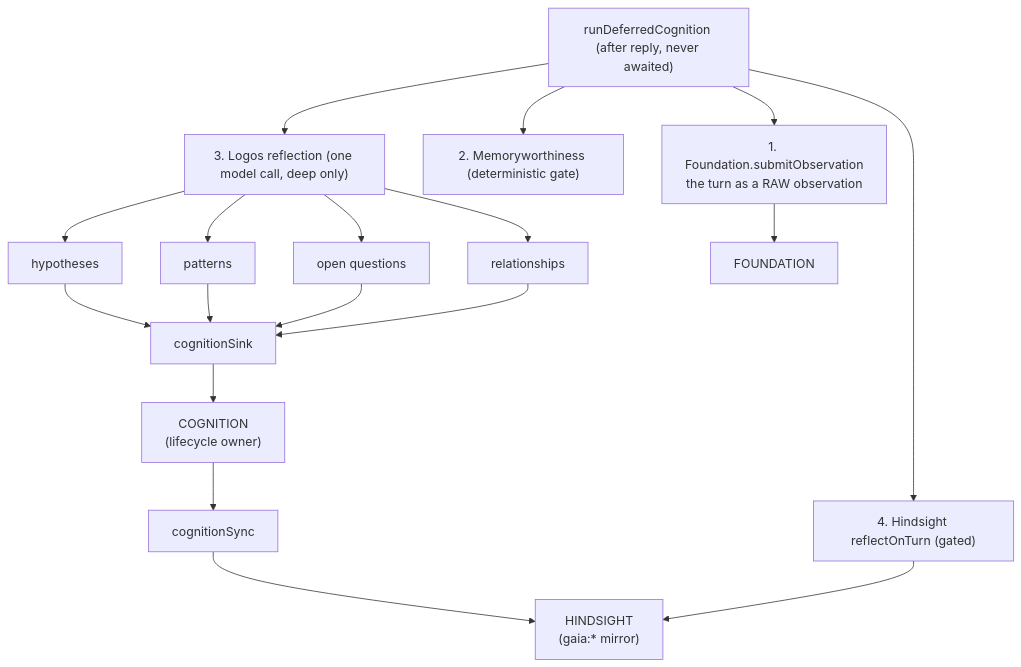
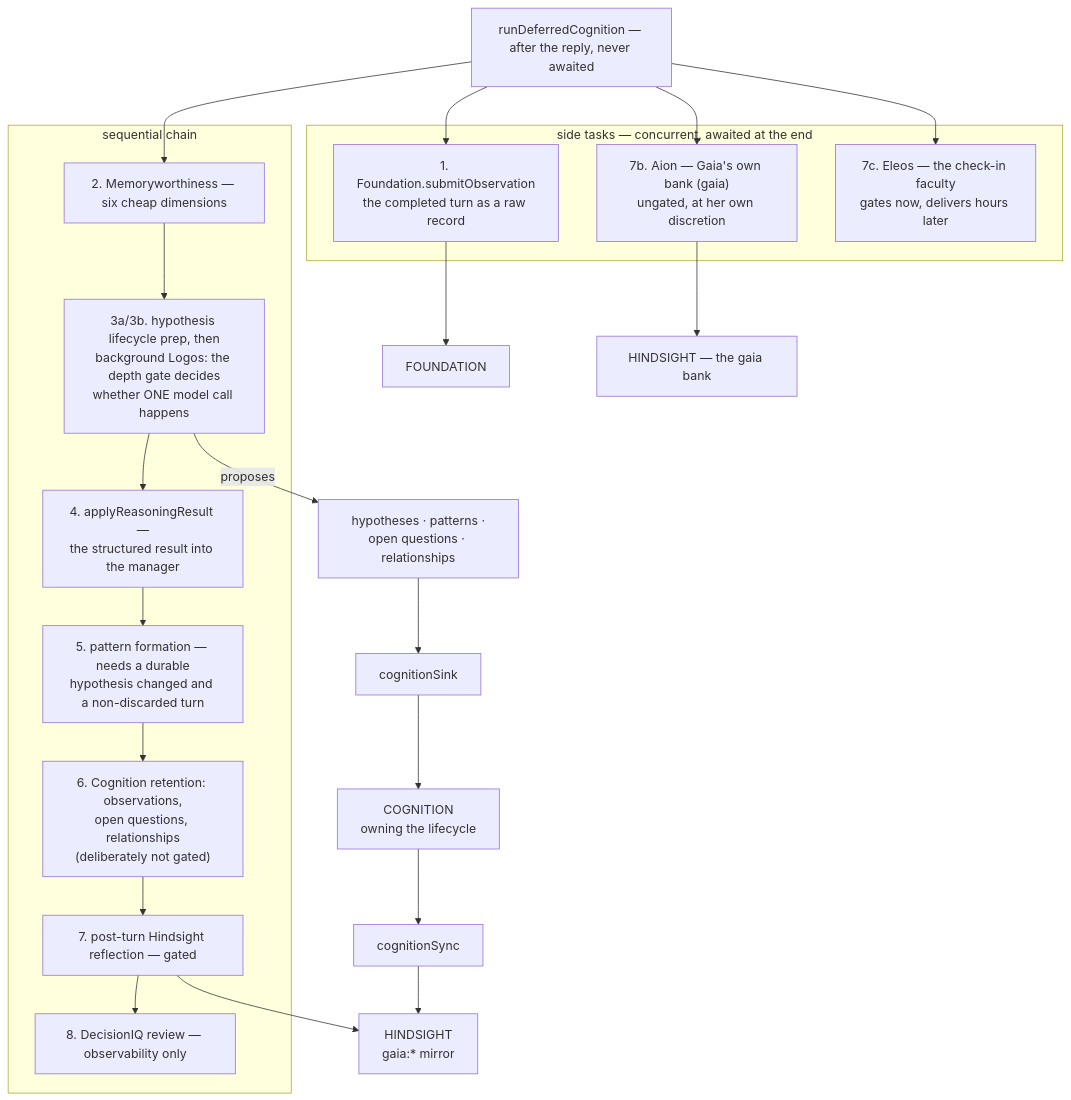
The third of 7 diagrams in docs/architecture-graph.md (Bojanni050/Gaia-Cloud), drawn with Mermaid before and after one commit. The commit also changed other lines of this file and 7 other files, not shown here.

````diff
--- a/docs/architecture-graph.md
+++ b/docs/architecture-graph.md
@@ -70,17 +97,30 @@
 ```mermaid
 flowchart TB
-    D["runDeferredCognition (after reply, never awaited)"]
-    D --> S1["1. Foundation.submitObservation<br/>the turn as a RAW observation"]
-    D --> S2["2. Memoryworthiness (deterministic gate)"]
-    D --> S3["3. Logos reflection (one model call, deep only)"]
-    D --> S4["4. Hindsight reflectOnTurn (gated)"]
+    D["runDeferredCognition — after the reply, never awaited"]
 
-    S3 --> K1["hypotheses"]
-    S3 --> K2["patterns"]
-    S3 --> K3["open questions"]
-    S3 --> K4["relationships"]
-    K1 & K2 & K3 & K4 --> SINK["cognitionSink"] --> COG["COGNITION<br/>(lifecycle owner)"]
-    COG --> SYNC["cognitionSync"] --> HS["HINDSIGHT<br/>(gaia:* mirror)"]
+    subgraph side["side tasks — concurrent, awaited at the end"]
+        S1["1. Foundation.submitObservation<br/>the completed turn as a raw record"]
+        S7b["7b. Aion — Gaia's own bank (gaia)<br/>ungated, at her own discretion"]
+        S7c["7c. Eleos — the check-in faculty<br/>gates now, delivers hours later"]
+    end
+
+    subgraph chain["sequential chain"]
+        S2["2. Memoryworthiness — six cheap dimensions"]
+        S3["3a/3b. hypothesis lifecycle prep, then<br/>background Logos: the depth gate decides<br/>whether ONE model call happens"]
+        S4["4. applyReasoningResult —<br/>the structured result into the manager"]
+        S5["5. pattern formation — needs a durable<br/>hypothesis changed and a non-discarded turn"]
+        S6["6. Cognition retention: observations,<br/>open questions, relationships<br/>(deliberately not gated)"]
+        S7["7. post-turn Hindsight reflection — gated"]
+        S8["8. DecisionIQ review — observability only"]
+    end
+
+    D --> S1 & S7b & S7c
+    D --> S2 --> S3 --> S4 --> S5 --> S6 --> S7 --> S8
+
+    S3 -->|"proposes"| K["hypotheses · patterns ·<br/>open questions · relationships"]
+    K --> SINK["cognitionSink"] --> COG["COGNITION<br/>owning the lifecycle"]
+    COG --> SYNC["cognitionSync"] --> HS["HINDSIGHT<br/>gaia:* mirror"]
     S1 --> FND["FOUNDATION"]
-    S4 --> HS
+    S7 --> HS
+    S7b --> OWN["HINDSIGHT — the gaia bank"]
 ```
````
